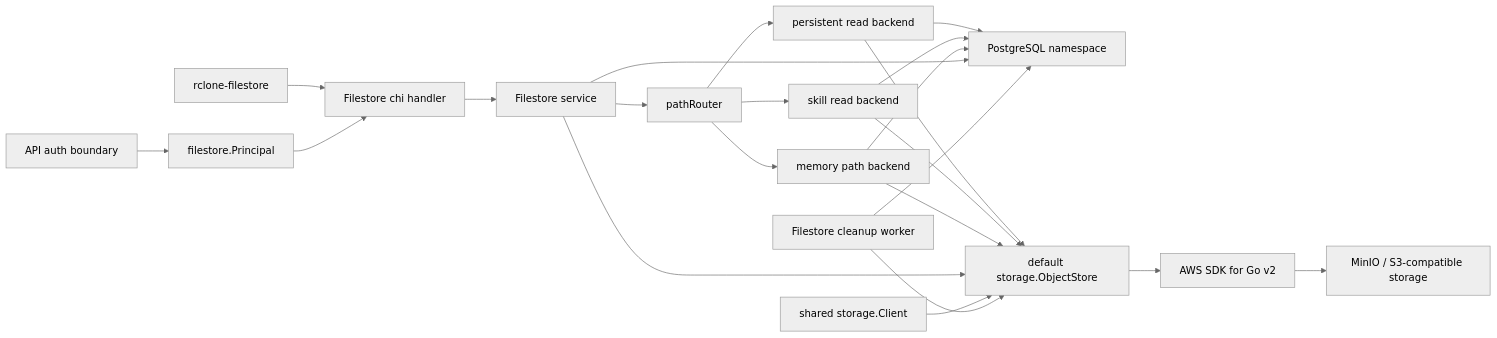
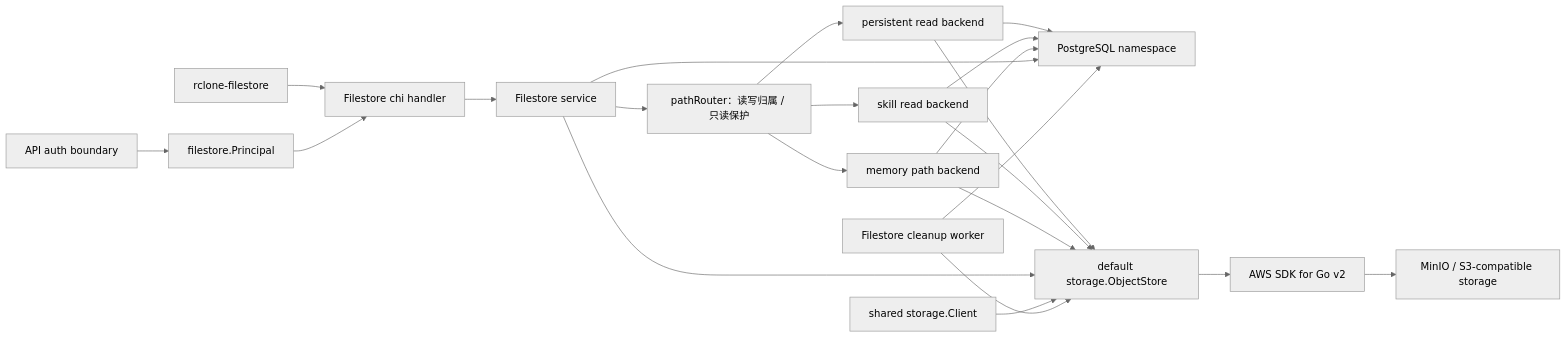
The first of 4 diagrams in docs/design/be/filestore.md (superduck-ai/open-managed-agents), drawn with Mermaid (neutral theme) before and after one commit. The commit also changed other lines of this file and 10 other files, not shown here.

````diff
--- a/docs/design/be/filestore.md
+++ b/docs/design/be/filestore.md
@@ -31,24 +35,24 @@
 ```mermaid
 flowchart LR
     R["rclone-filestore"] --> H["Filestore chi handler"]
     AUTH["API auth boundary"] --> P["filestore.Principal"]
     P --> H
     H --> S["Filestore service"]
-    S --> PR["pathRouter"]
+    S --> PR["pathRouter：读写归属 / 只读保护"]
     PR --> PB["persistent read backend"]
     PR --> SB["skill read backend"]
     PR --> MB["memory path backend"]
     PB --> D
     PB --> T
     SB --> D
     SB --> T
     MB --> D
     MB --> T
     S --> D["PostgreSQL namespace"]
     S --> T["default storage.ObjectStore"]
     SC["shared storage.Client"] --> T
     T --> A["AWS SDK for Go v2"]
     A --> O["MinIO / S3-compatible storage"]
     C["Filestore cleanup worker"] --> D
     C --> T
 ```
````
